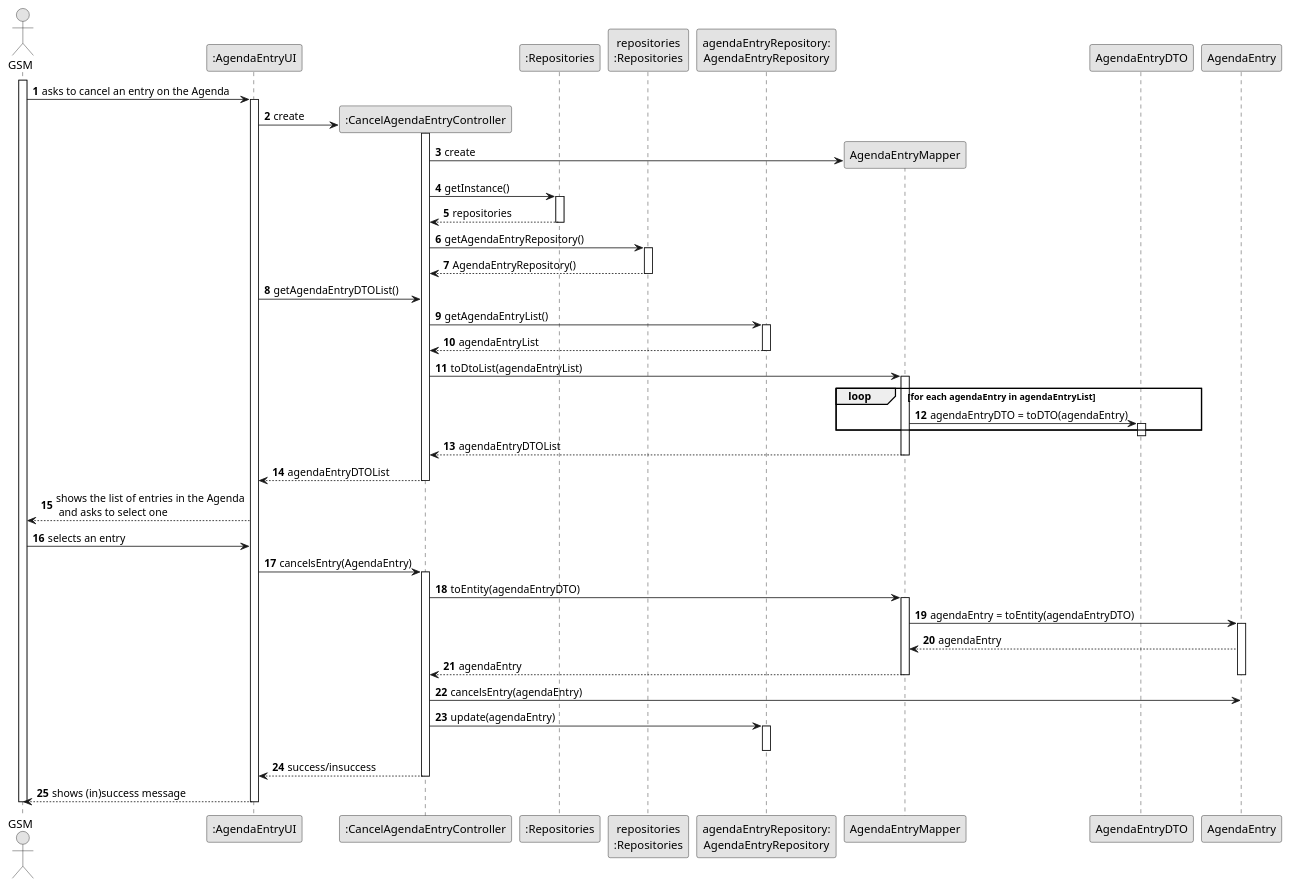
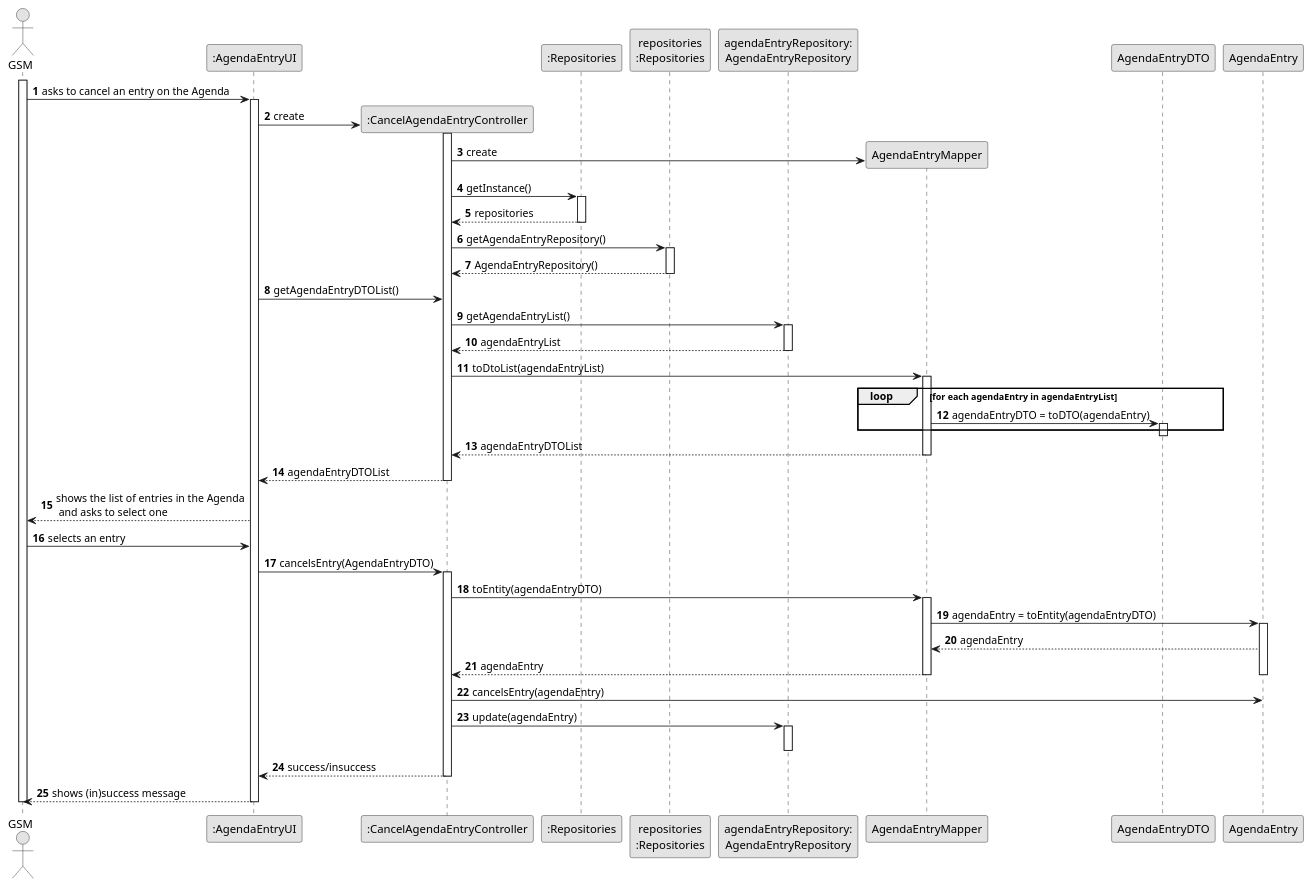
Before and after one commit to Departamento-de-Engenharia-Informatica/lei-24-s2-1do-g164: the diagram in docs/sprintC/us025/03.design/puml/us025-sequence-diagram-full.puml, drawn with PlantUML. The commit also changed 6 other files, not shown here.

```diff
--- a/docs/sprintC/us025/03.design/puml/us025-sequence-diagram-full.puml
+++ b/docs/sprintC/us025/03.design/puml/us025-sequence-diagram-full.puml
@@ -1,111 +1,111 @@
 @startuml
 skinparam monochrome true
 skinparam packageStyle rectangle
 skinparam shadowing false
 
 autonumber
 
 'hide footbox
 actor "GSM" as GSM
 participant ":AgendaEntryUI" as UI
 participant ":CancelAgendaEntryController" as CTRL
 participant ":Repositories" as RepositorySingleton
 participant "repositories\n:Repositories" as PLAT
 participant "agendaEntryRepository:\nAgendaEntryRepository" as Repo
 participant "AgendaEntryMapper"
 participant "AgendaEntryDTO"
 participant "AgendaEntry"
 
 
 activate GSM
 
                 GSM -> UI : asks to cancel an entry on the Agenda
 
                 activate UI
 
                 UI -> CTRL** : create
                 activate CTRL
                 CTRL-> "AgendaEntryMapper"** : create
 
 
 
                 CTRL -> RepositorySingleton : getInstance()
                 activate RepositorySingleton
 
                     RepositorySingleton --> CTRL: repositories
                 deactivate RepositorySingleton
 
 
                 CTRL -> PLAT : getAgendaEntryRepository()
                 activate PLAT
 
                     PLAT --> CTRL: AgendaEntryRepository()
                 deactivate PLAT
 
                 UI-> CTRL: getAgendaEntryDTOList()
 
 
                 CTRL -> Repo : getAgendaEntryList()
                 activate Repo
 
                 Repo --> CTRL: agendaEntryList
                 deactivate Repo
 
 
 
 
                 CTRL -> "AgendaEntryMapper" : toDtoList(agendaEntryList)
                 activate "AgendaEntryMapper"
 
 
                  loop for each agendaEntry in agendaEntryList
 
                  "AgendaEntryMapper" -> "AgendaEntryDTO" : agendaEntryDTO = toDTO(agendaEntry)
 
                   activate "AgendaEntryDTO"
                   end
                 deactivate "AgendaEntryDTO"
 
                 "AgendaEntryMapper" --> CTRL : agendaEntryDTOList
                 deactivate "AgendaEntryMapper"
 
                  CTRL --> UI : agendaEntryDTOList
                  deactivate CTRL
 
                   UI --> GSM : shows the list of entries in the Agenda\n and asks to select one
 
 
                  GSM-> UI: selects an entry
 
-                 UI-> CTRL: cancelsEntry(AgendaEntry)
+                 UI-> CTRL: cancelsEntry(AgendaEntryDTO)
                 activate CTRL
                 CTRL-> "AgendaEntryMapper":toEntity(agendaEntryDTO)
                 activate "AgendaEntryMapper"
                  "AgendaEntryMapper" -> "AgendaEntry": agendaEntry = toEntity(agendaEntryDTO)
                  activate "AgendaEntry"
                  AgendaEntry-->"AgendaEntryMapper": agendaEntry
 
 
 
 
                 "AgendaEntryMapper"-->CTRL: agendaEntry
                 deactivate "AgendaEntry"
                 deactivate "AgendaEntryMapper"
 
                 CTRL-> "AgendaEntry": cancelsEntry(agendaEntry)
 
 
                 CTRL-> Repo: update(agendaEntry)
                 activate Repo
                 deactivate "AgendaEntry"
               deactivate Repo
 
                 CTRL --> UI : success/insuccess
                 deactivate CTRL
                UI --> GSM : shows (in)success message
                deactivate UI
 
 
 deactivate GSM
 
 @enduml
```
